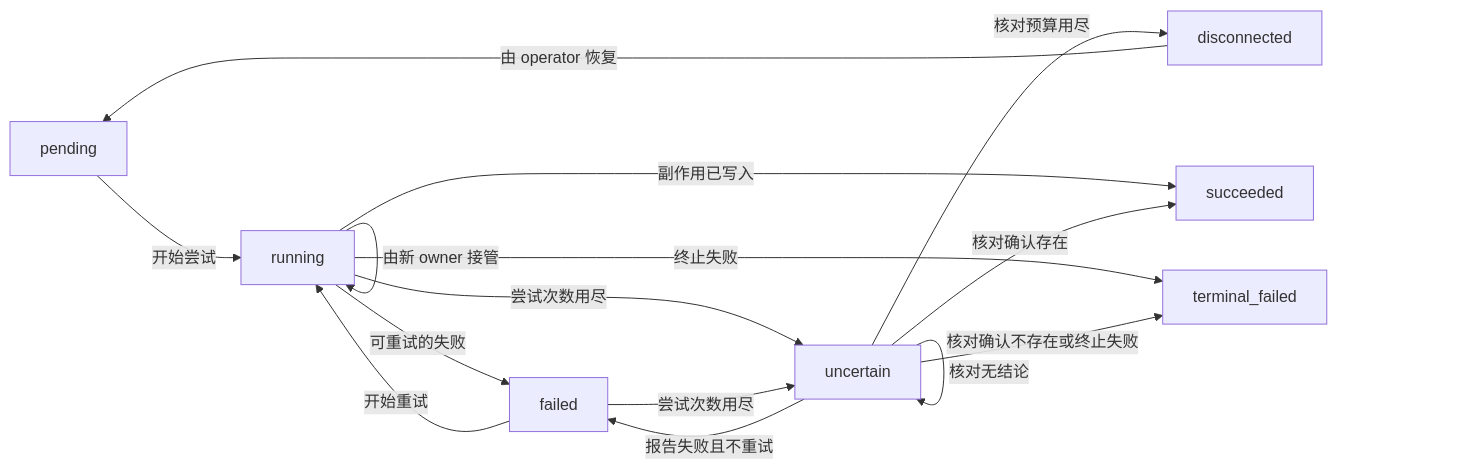
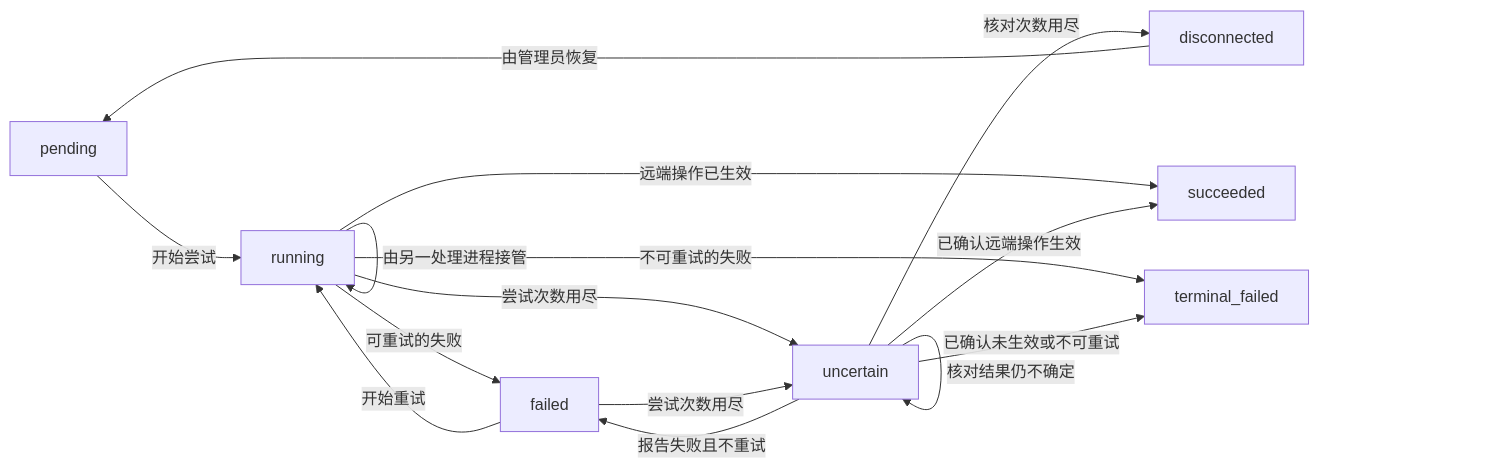
One commit to Agent-AI-Chalmers/sec-review-bot changed the fourth of 4 diagrams in contracts/review-runs-api/v1/STATE_MACHINES.zh.md. Above: the diagram before and after it, drawn with Mermaid. The commit also changed other lines of this file and 16 other files, not shown here.

````diff
--- a/contracts/review-runs-api/v1/STATE_MACHINES.zh.md
+++ b/contracts/review-runs-api/v1/STATE_MACHINES.zh.md
@@ -179,24 +179,24 @@
 ```mermaid
 flowchart LR
   publication_step_pending["pending"]
   publication_step_running["running"]
   publication_step_failed["failed"]
   publication_step_uncertain["uncertain"]
   publication_step_disconnected["disconnected"]
   publication_step_succeeded["succeeded"]
   publication_step_terminal_failed["terminal_failed"]
   publication_step_pending -->|"开始尝试"| publication_step_running
-  publication_step_running -->|"由新 owner 接管"| publication_step_running
+  publication_step_running -->|"由另一处理进程接管"| publication_step_running
   publication_step_failed -->|"开始重试"| publication_step_running
-  publication_step_running -->|"副作用已写入"| publication_step_succeeded
+  publication_step_running -->|"远端操作已生效"| publication_step_succeeded
   publication_step_running -->|"可重试的失败"| publication_step_failed
-  publication_step_running -->|"终止失败"| publication_step_terminal_failed
+  publication_step_running -->|"不可重试的失败"| publication_step_terminal_failed
   publication_step_running -->|"尝试次数用尽"| publication_step_uncertain
   publication_step_failed -->|"尝试次数用尽"| publication_step_uncertain
-  publication_step_uncertain -->|"核对确认存在"| publication_step_succeeded
-  publication_step_uncertain -->|"核对确认不存在或终止失败"| publication_step_terminal_failed
-  publication_step_uncertain -->|"核对无结论"| publication_step_uncertain
-  publication_step_uncertain -->|"核对预算用尽"| publication_step_disconnected
+  publication_step_uncertain -->|"已确认远端操作生效"| publication_step_succeeded
+  publication_step_uncertain -->|"已确认未生效或不可重试"| publication_step_terminal_failed
+  publication_step_uncertain -->|"核对结果仍不确定"| publication_step_uncertain
+  publication_step_uncertain -->|"核对次数用尽"| publication_step_disconnected
   publication_step_uncertain -->|"报告失败且不重试"| publication_step_failed
-  publication_step_disconnected -->|"由 operator 恢复"| publication_step_pending
+  publication_step_disconnected -->|"由管理员恢复"| publication_step_pending
 ```
````
